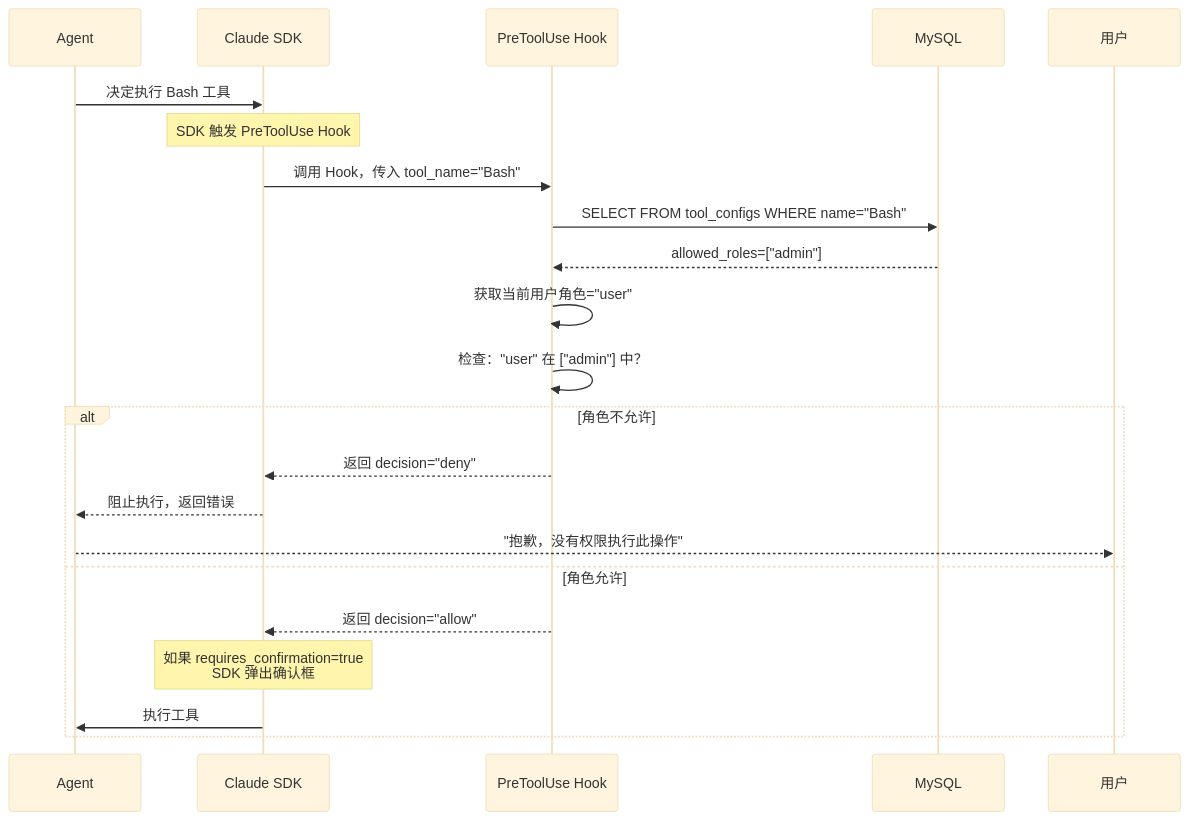
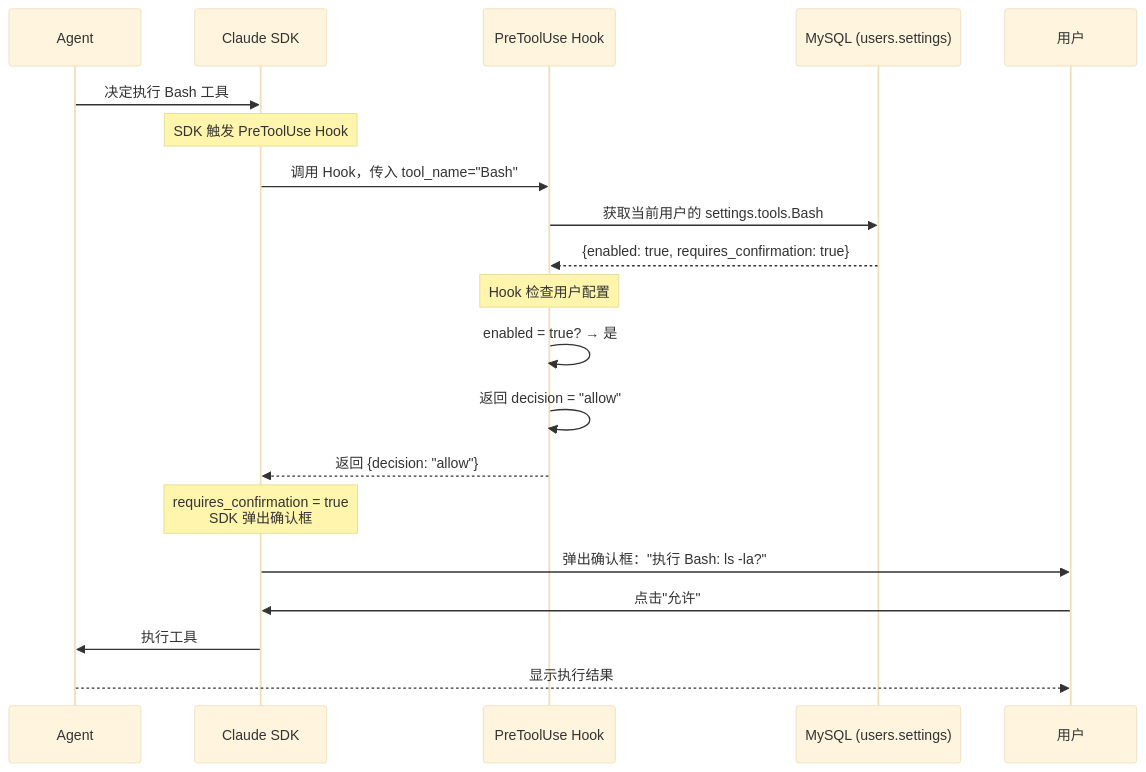
Before and after one commit to xiaocaipi/mm-doc: the seventh of 8 diagrams in agent/agent_project_design.md, drawn with Mermaid (base theme). The commit also changed other lines of this file, not shown here.

````diff
--- a/agent/agent_project_design.md
+++ b/agent/agent_project_design.md
@@ -939,30 +866,33 @@
 ```mermaid
 sequenceDiagram
     participant Agent as Agent
     participant SDK as Claude SDK
     participant Hook as PreToolUse Hook
-    participant DB as MySQL
+    participant DB as MySQL (users.settings)
     participant User as 用户
 
     Agent->>SDK: 决定执行 Bash 工具
     
     Note over SDK: SDK 触发 PreToolUse Hook
     
     SDK->>Hook: 调用 Hook，传入 tool_name="Bash"
     
-    Hook->>DB: SELECT FROM tool_configs WHERE name="Bash"
-    DB-->>Hook: allowed_roles=["admin"]
+    Hook->>DB: 获取当前用户的 settings.tools.Bash
+    DB-->>Hook: {enabled: true, requires_confirmation: true}
     
-    Hook->>Hook: 获取当前用户角色="user"
-    Hook->>Hook: 检查："user" 在 ["admin"] 中？
+    Note over Hook: Hook 检查用户配置
     
-    alt 角色不允许
-        Hook-->>SDK: 返回 decision="deny"
-        SDK-->>Agent: 阻止执行，返回错误
-        Agent-->>User: "抱歉，没有权限执行此操作"
-    else 角色允许
-        Hook-->>SDK: 返回 decision="allow"
-        Note over SDK: 如果 requires_confirmation=true<br/>SDK 弹出确认框
-        SDK->>Agent: 执行工具
-    end
+    Hook->>Hook: enabled = true? → 是
+    Hook->>Hook: 返回 decision = "allow"
+    
+    Hook-->>SDK: 返回 {decision: "allow"}
+    
+    Note over SDK: requires_confirmation = true<br/>SDK 弹出确认框
+    
+    SDK->>User: 弹出确认框："执行 Bash: ls -la?"
+    User->>SDK: 点击"允许"
+    
+    SDK->>Agent: 执行工具
+    
+    Agent-->>User: 显示执行结果
 ```
````
